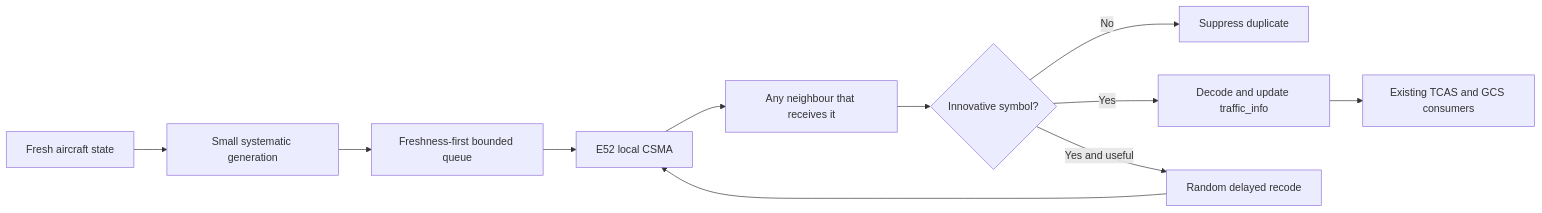
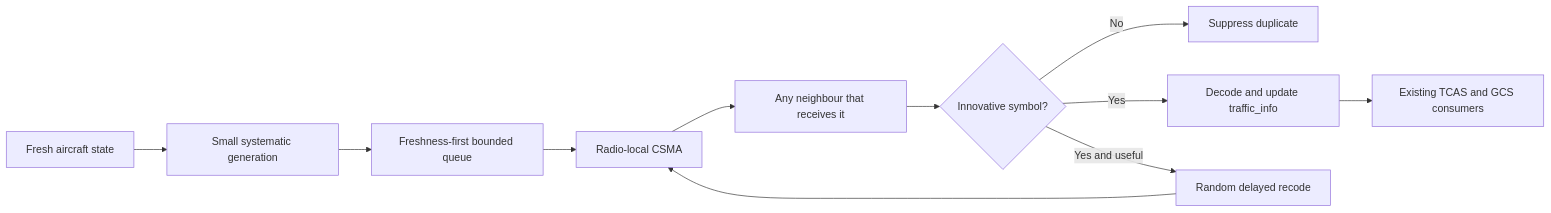
The first of 2 diagrams in doc/mesh/asynchronous_coded_mesh.md (tudelft/paparazzi), drawn with Mermaid before and after one commit. The commit also changed other lines of this file and 6 other files, not shown here.

````diff
--- a/doc/mesh/asynchronous_coded_mesh.md
+++ b/doc/mesh/asynchronous_coded_mesh.md
@@ -73,13 +107,13 @@
 ```mermaid
 flowchart LR
   S[Fresh aircraft state] --> G[Small systematic generation]
   G --> Q[Freshness-first bounded queue]
-  Q --> C[E52 local CSMA]
+  Q --> C[Radio-local CSMA]
   C --> N[Any neighbour that receives it]
   N --> I{Innovative symbol?}
   I -->|No| X[Suppress duplicate]
   I -->|Yes| D[Decode and update traffic_info]
   I -->|Yes and useful| R[Random delayed recode]
   R --> C
   D --> T[Existing TCAS and GCS consumers]
 ```
````
